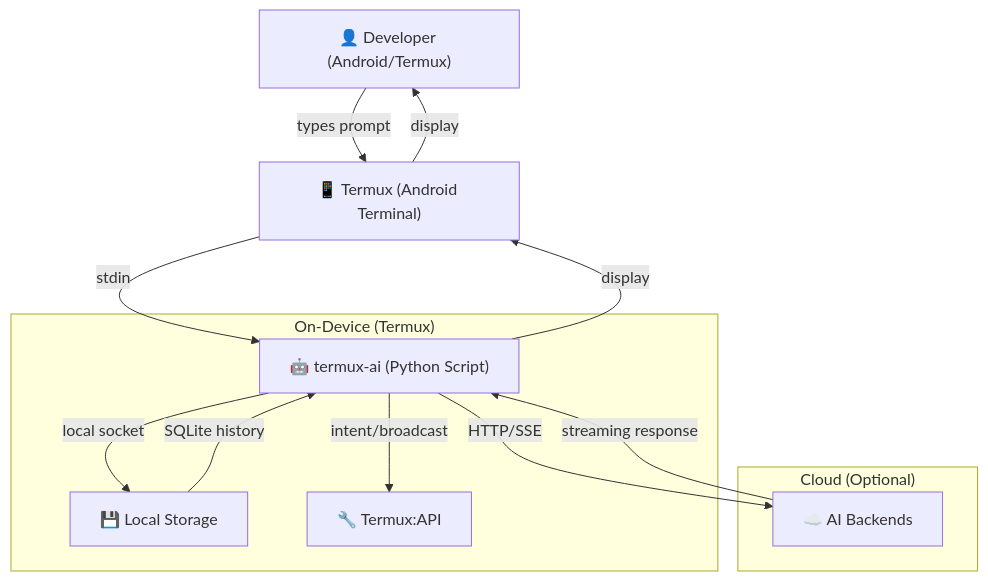
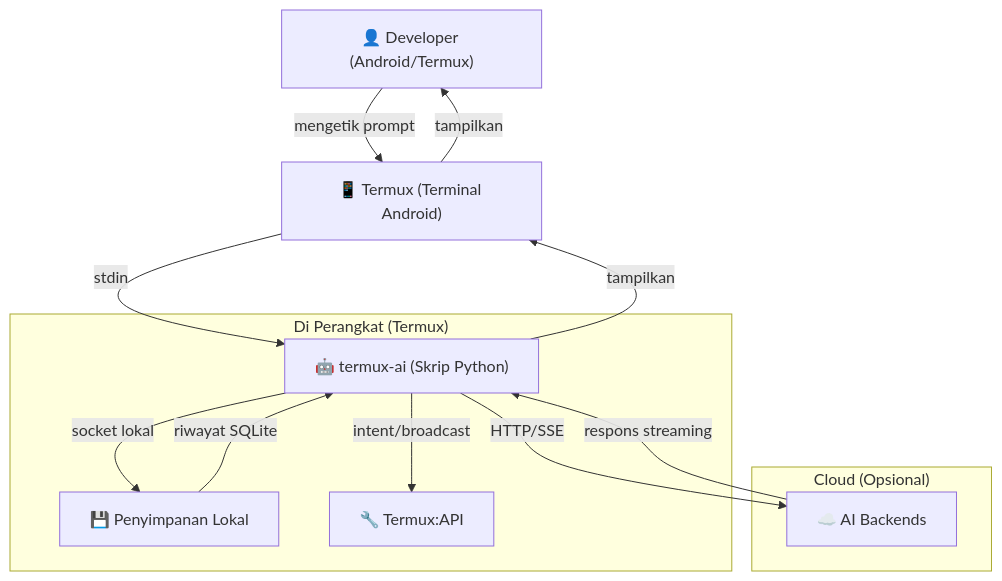
The diagram in docs/01-BRD.md (kabarbaik-xyz/termux-ai), drawn with Mermaid before and after one commit. The commit also changed other lines of this file, not shown here.

````diff
--- a/docs/01-BRD.md
+++ b/docs/01-BRD.md
@@ -228,29 +229,29 @@
 ```mermaid
 flowchart TB
     User["👤 Developer (Android/Termux)"]
-    Termux["📱 Termux (Android Terminal)"]
-    App["🤖 termux-ai (Python Script)"]
+    Termux["📱 Termux (Terminal Android)"]
+    App["🤖 termux-ai (Skrip Python)"]
     Backends["☁️ AI Backends"]
-    Local["💾 Local Storage"]
+    Local["💾 Penyimpanan Lokal"]
     TermuxAPI["🔧 Termux:API"]
 
-    User -->|types prompt| Termux
+    User -->|mengetik prompt| Termux
     Termux -->|stdin| App
     App -->|HTTP/SSE| Backends
-    App -->|local socket| Local
+    App -->|socket lokal| Local
     App -->|intent/broadcast| TermuxAPI
-    Backends -->|streaming response| App
-    App -->|display| Termux
-    Termux -->|display| User
-    Local -->|SQLite history| App
+    Backends -->|respons streaming| App
+    App -->|tampilkan| Termux
+    Termux -->|tampilkan| User
+    Local -->|riwayat SQLite| App
 
-    subgraph "On-Device (Termux)"
+    subgraph "Di Perangkat (Termux)"
         App
         Local
         TermuxAPI
     end
 
-    subgraph "Cloud (Optional)"
+    subgraph "Cloud (Opsional)"
         Backends
     end
 ```
````
